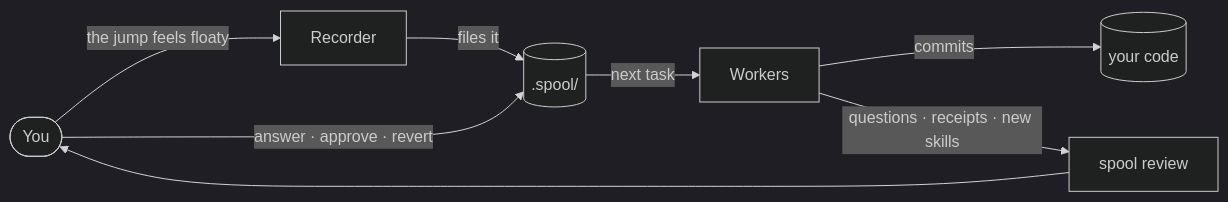
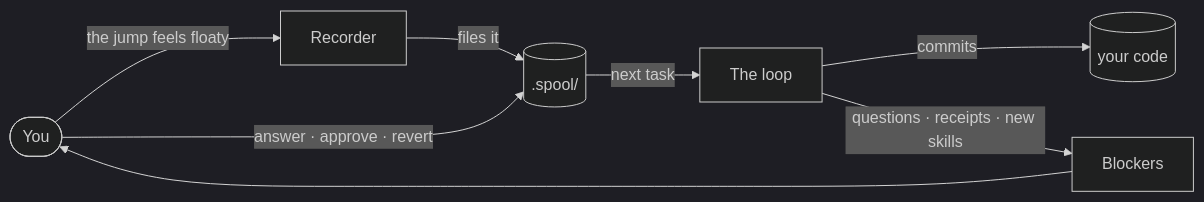
One commit to danielportnov/spool changed the diagram in README.md. Above: the diagram before and after it, drawn with Mermaid (dark theme). The commit also changed other lines of this file, not shown here.

First line of the commit message:
README: lead with the skills, show the CLI as the engine

````diff
--- a/README.md
+++ b/README.md
@@ -16,10 +17,10 @@
 ```mermaid
 flowchart LR
   you(["You"]) -- "the jump feels floaty" --> rec["Recorder"]
   rec -- "files it" --> q[(".spool/")]
-  q -- "next task" --> w["Workers"]
+  q -- "next task" --> w["The loop"]
   w -- "commits" --> code[("your code")]
-  w -- "questions · receipts · new skills" --> rev["spool review"]
+  w -- "questions · receipts · new skills" --> rev["Blockers"]
   rev --> you
   you -- "answer · approve · revert" --> q
 ```
````
